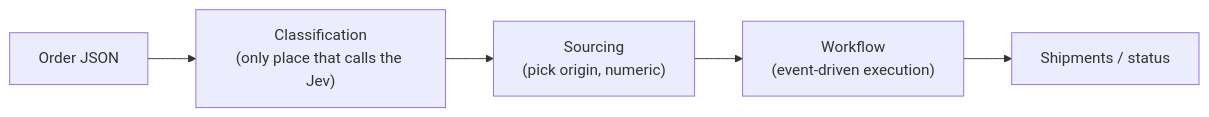
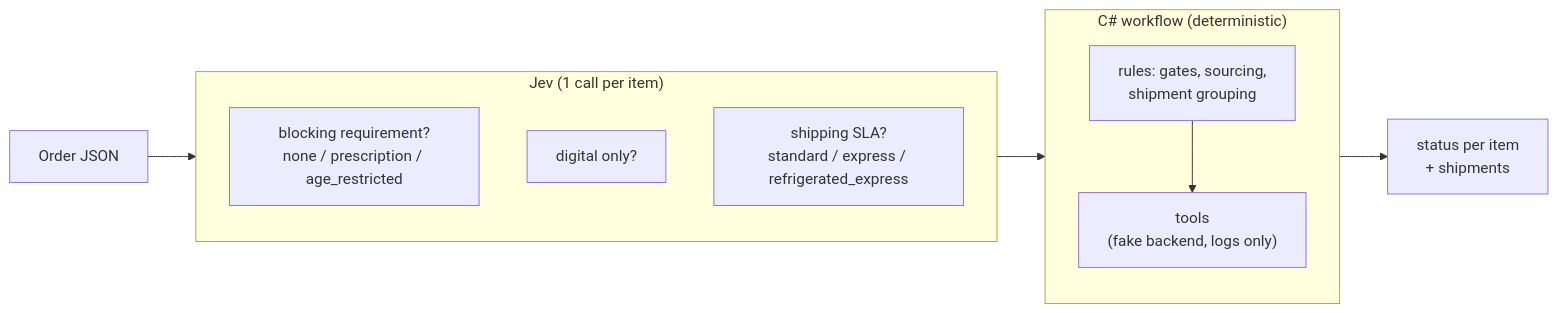
One commit to fredppm/jev-wf changed the first of 2 diagrams in README.md. Above: the diagram before and after it, drawn with Mermaid. The commit also changed other lines of this file, not shown here.

Commit message:
Rewrite README: clarify Jev only classifies, workflow calls tools, accurate lifecycle

````diff
--- a/README.md
+++ b/README.md
@@ -9,7 +7,14 @@
 ```mermaid
 flowchart LR
-    A[Order JSON] --> B["Classification\n(only place that calls the Jev)"]
-    B --> C["Sourcing\n(pick origin, numeric)"]
-    C --> D["Workflow\n(event-driven execution)"]
-    D --> E[Shipments / status]
+    A[Order JSON] --> J
+    subgraph J["Jev (1 call per item)"]
+        Q1["blocking requirement?<br/>none / prescription / age_restricted"]
+        Q2["digital only?"]
+        Q3["shipping SLA?<br/>standard / express / refrigerated_express"]
+    end
+    J --> W
+    subgraph W["C# workflow (deterministic)"]
+        R["rules: gates, sourcing,<br/>shipment grouping"] --> T["tools<br/>(fake backend, logs only)"]
+    end
+    W --> O["status per item<br/>+ shipments"]
 ```
````
